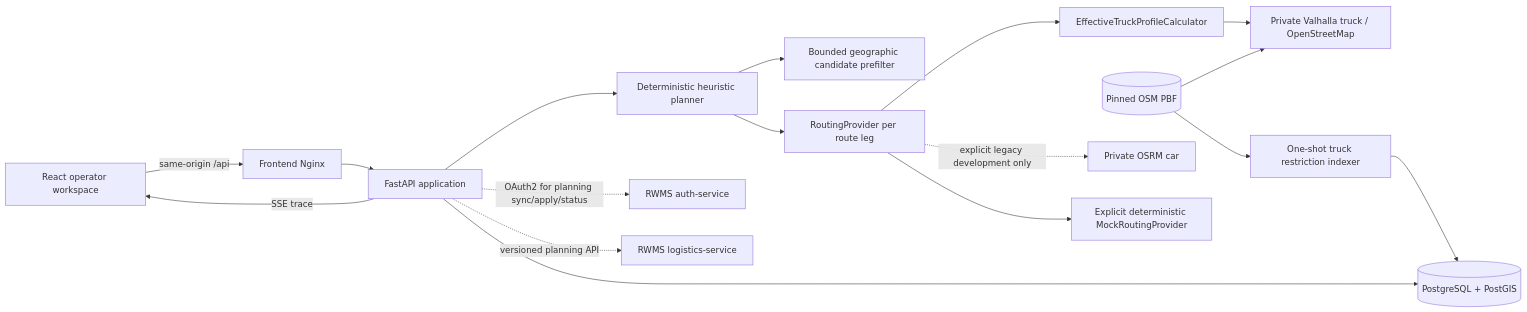
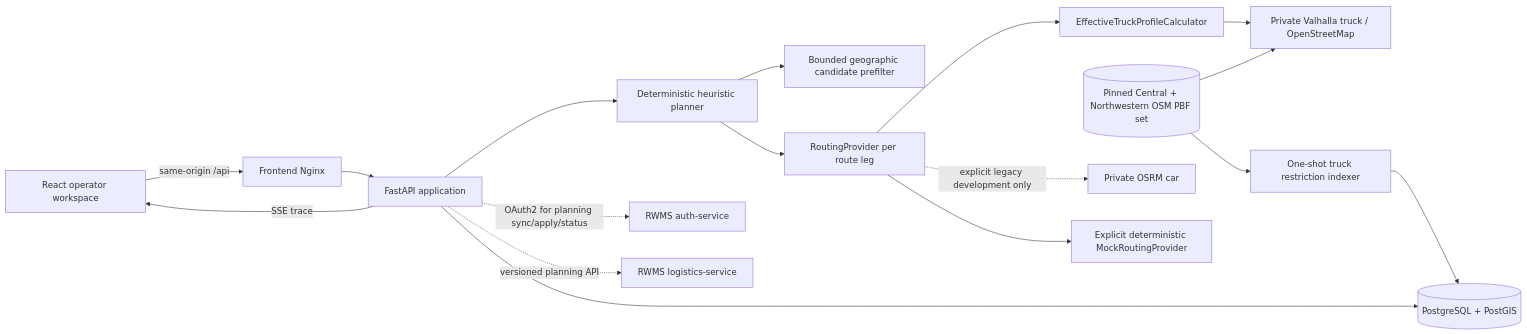
The diagram in logistics/docs/ARCHITECTURE.md (Buhanzaz/rwms), drawn with Mermaid before and after one commit. The commit also changed other lines of this file and 91 other files, not shown here.

````diff
--- a/logistics/docs/ARCHITECTURE.md
+++ b/logistics/docs/ARCHITECTURE.md
@@ -8,19 +8,19 @@
 ```mermaid
 flowchart LR
     Browser[React operator workspace] -->|same-origin /api| Nginx[Frontend Nginx]
     Nginx --> FastAPI[FastAPI application]
     FastAPI --> Planner[Deterministic heuristic planner]
     Planner --> Prefilter[Bounded geographic candidate prefilter]
     Planner --> Routing[RoutingProvider per route leg]
     Routing --> Profile[EffectiveTruckProfileCalculator]
     Profile --> Valhalla[Private Valhalla truck / OpenStreetMap]
-    PBF[(Pinned OSM PBF)] --> Valhalla
+    PBF[(Pinned Central + Northwestern OSM PBF set)] --> Valhalla
     PBF --> RestrictionIndexer[One-shot truck restriction indexer]
     RestrictionIndexer --> PostGIS
     Routing -. explicit legacy development only .-> OSRM[Private OSRM car]
     Routing --> Mock[Explicit deterministic MockRoutingProvider]
     FastAPI --> PostGIS[(PostgreSQL + PostGIS)]
     FastAPI -. OAuth2 for planning sync/apply/status .-> Auth[RWMS auth-service]
     FastAPI -. versioned planning API .-> Logistics[RWMS logistics-service]
     FastAPI -->|SSE trace| Browser
 ```
````
